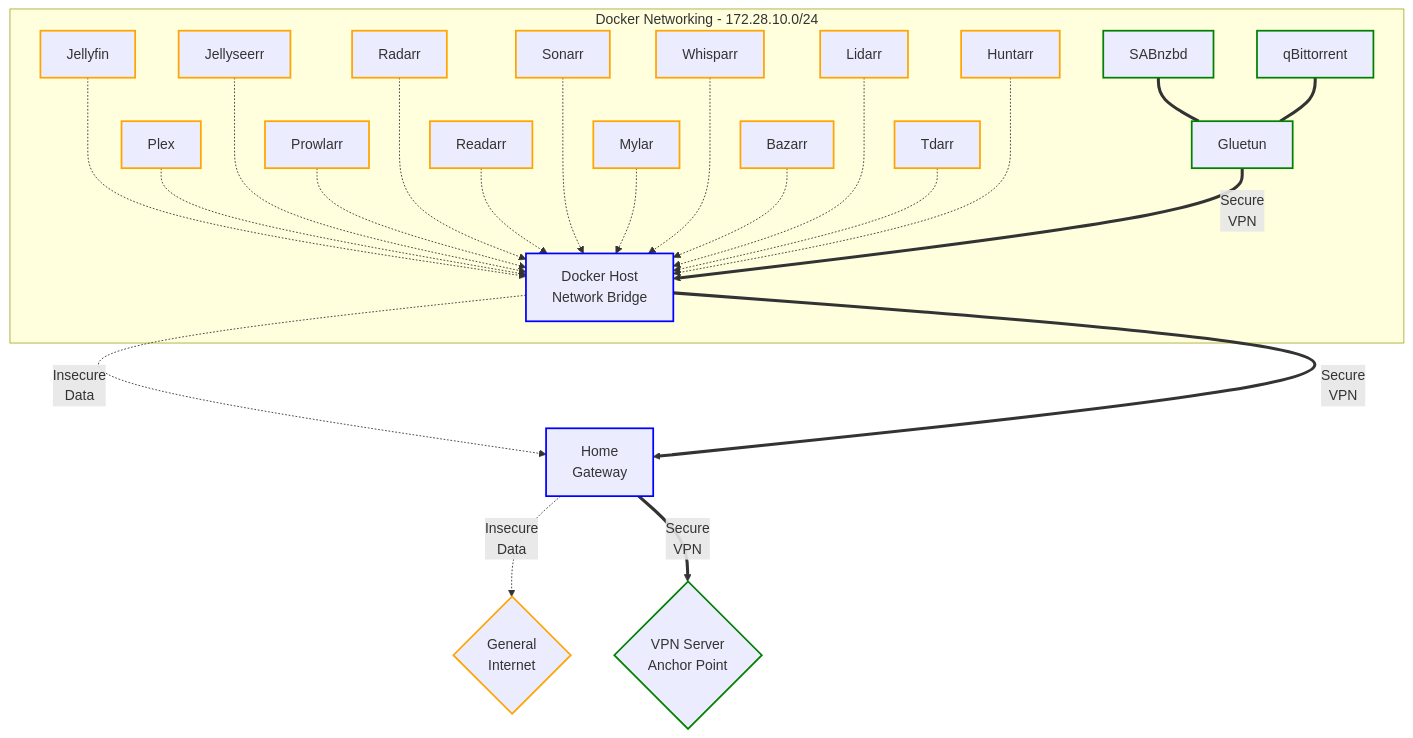
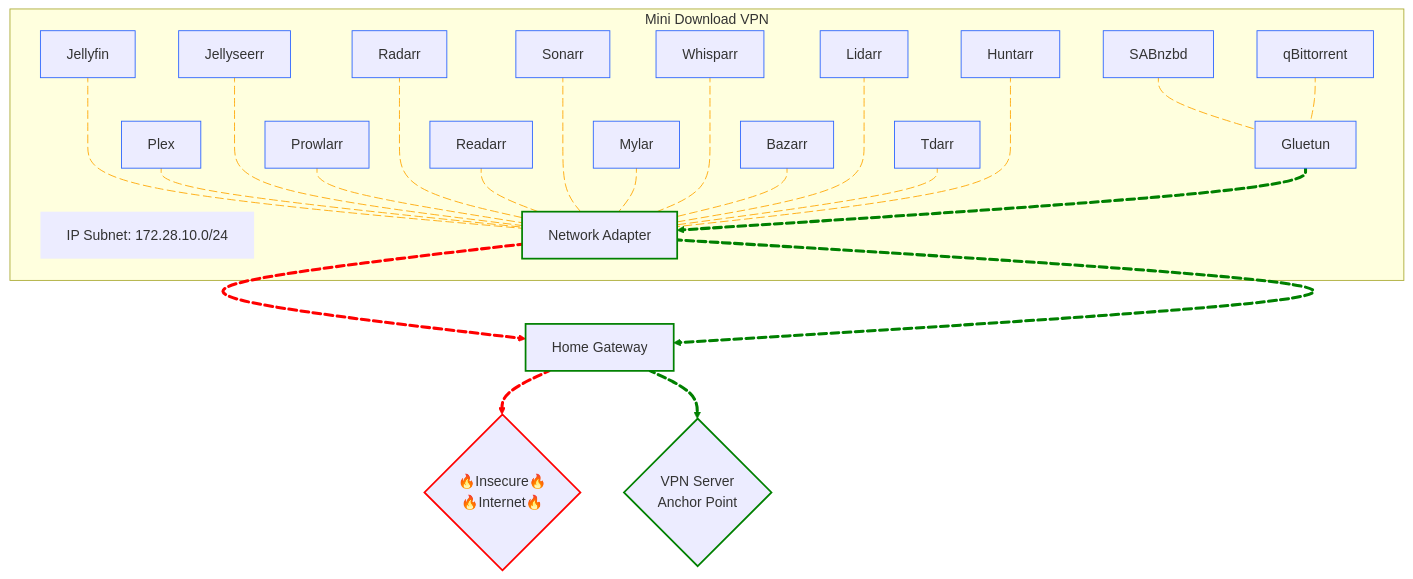
The second of 6 diagrams in base-working-files/README.md (avnit/mediastack), drawn with Mermaid before and after one commit. The commit also changed other lines of this file and 4 other files, not shown here.

Commit message:
Update network architecture diagrams

````diff
--- a/base-working-files/README.md
+++ b/base-working-files/README.md
@@ -179,47 +238,111 @@
 ``` mermaid
-graph TD
-    subgraph DockerNet[<center>Docker Networking - 172.28.10.0/24</center>]
-        Jellyfin -..-> NIC
-        Plex -.-> NIC
-        Jellyseerr -..-> NIC
-        Prowlarr -.-> NIC
-        Radarr -..-> NIC
-        Readarr -.-> NIC
-        Sonarr -..-> NIC
-        Mylar -.-> NIC
-        Whisparr -..-> NIC
-        Bazarr -.-> NIC
-        Lidarr -..-> NIC
-        Tdarr -.-> NIC
-        Huntarr -..-> NIC
-        SABnzbd === Gluetun
-        qBittorrent === Gluetun
-        NIC[Docker Host</br>Network Bridge]
-    end
-    Gluetun ==>| Secure</br>VPN | NIC
-    NIC -.->| Insecure</br>Data | Gateway[<center>Home</br>Gateway</center>]
-    NIC ==>| Secure</br>VPN | Gateway[<center>Home</br>Gateway</center>]
-    Gateway -.->| Insecure</br>Data |Internet{<center>General</br>Internet</center>}
-    Gateway ==>|Secure</br>VPN |VPN{<center>VPN Server</br>Anchor Point</center>}
-    
-    style Bazarr      stroke:orange,stroke-width:2px
-    style Lidarr      stroke:orange,stroke-width:2px
-    style Mylar      stroke:orange,stroke-width:2px
-    style Prowlarr    stroke:orange,stroke-width:2px
-    style Radarr      stroke:orange,stroke-width:2px
-    style Readarr     stroke:orange,stroke-width:2px
-    style Sonarr      stroke:orange,stroke-width:2px
-    style Tdarr       stroke:orange,stroke-width:2px
-    style Whisparr    stroke:orange,stroke-width:2px
-    style Jellyfin    stroke:orange,stroke-width:2px
-    style Plex        stroke:orange,stroke-width:2px
-    style qBittorrent stroke:green,stroke-width:2px
-    style Jellyseerr  stroke:orange,stroke-width:2px
-    style Huntarr     stroke:orange,stroke-width:2px
-    style SABnzbd     stroke:green,stroke-width:2px
-    style Gluetun     stroke:green,stroke-width:2px
-    style VPN         stroke:green,stroke-width:2px
-    style NIC         stroke:blue,stroke-width:2px
-    style Gateway     stroke:blue,stroke-width:2px
-    style Internet    stroke:orange,stroke-width:2px
+flowchart TD
+  subgraph DockerNet["Mini Download VPN"]
+    Gluetun
+    Jellyfin
+    Plex
+    Jellyseerr
+    Prowlarr
+    Radarr
+    Readarr
+    Sonarr
+    Mylar
+    Whisparr
+    Bazarr
+    Lidarr
+    Tdarr
+    Huntarr
+    SABnzbd
+    qBittorrent
+    Label@{ label: "<div style=\"color:\"><span style=\"color:\">IP Subnet: 172.28.10.0/24</span></div>" }
+    NIC["Network Adapter"]
+  end
+
+  Jellyfin     Jellyfin_NIC@        ---- NIC
+  Plex         Plex_NIC@            ---  NIC
+  Jellyseerr   Jellyseerr_NIC@      ---- NIC
+  Prowlarr     Prowlarr_NIC@        ---  NIC
+  Radarr       Radarr_NIC@          ---- NIC
+  Readarr      Readarr_NIC@         ---  NIC
+  Sonarr       Sonarr_NIC@          ---- NIC
+  Mylar        Mylar_NIC@           ---  NIC
+  Whisparr     Whisparr_NIC@        ---- NIC
+  Bazarr       Bazarr_NIC@          ---  NIC
+  Lidarr       Lidarr_NIC@          ---- NIC
+  Tdarr        Tdarr_NIC@           ---  NIC
+  Huntarr      Huntarr_NIC@         ---- NIC
+  SABnzbd      SABnzbd_Gluetun@     ---  Gluetun
+  qBittorrent  qBittorrent_Gluetun@ ---  Gluetun
+  Gluetun      Gluetun_NIC@         ==>  NIC
+  NIC          NIC_Gateway_0@       ==>  Gateway
+  NIC          NIC_Gateway_1@       ==>  Gateway
+  Gateway      Gateway_VPN_1@       ==>  Internet
+  Gateway      Gateway_VPN_0@       ==>  VPN
+  Gateway["Home Gateway"]
+  Internet{"🔥Insecure🔥<br>🔥Internet🔥"}
+  VPN{"VPN Server<br>Anchor Point"}
+
+  style Gluetun      stroke:#2962FF
+  style Jellyfin     stroke:#2962FF
+  style Plex         stroke:#2962FF
+  style Jellyseerr   stroke:#2962FF
+  style Prowlarr     stroke:#2962FF
+  style Radarr       stroke:#2962FF
+  style Readarr      stroke:#2962FF
+  style Sonarr       stroke:#2962FF
+  style Mylar        stroke:#2962FF
+  style Whisparr     stroke:#2962FF
+  style Bazarr       stroke:#2962FF
+  style Lidarr       stroke:#2962FF
+  style Tdarr        stroke:#2962FF
+  style Huntarr      stroke:#2962FF
+  style SABnzbd      stroke:#2962FF
+  style qBittorrent  stroke:#2962FF
+  style Label        stroke:none
+  style NIC          stroke:green,    stroke-width:2px
+  style Gateway      stroke:green,    stroke-width:2px
+  style Internet     stroke:red,      stroke-width:2px
+  style VPN          stroke:green,    stroke-width:2px
+
+  linkStyle 0        stroke:orange
+  linkStyle 1        stroke:orange
+  linkStyle 2        stroke:orange
+  linkStyle 3        stroke:orange
+  linkStyle 4        stroke:orange
+  linkStyle 5        stroke:orange
+  linkStyle 6        stroke:orange
+  linkStyle 7        stroke:orange
+  linkStyle 8        stroke:orange
+  linkStyle 9        stroke:orange
+  linkStyle 10       stroke:orange
+  linkStyle 11       stroke:orange
+  linkStyle 12       stroke:orange
+  linkStyle 13       stroke:orange
+  linkStyle 14       stroke:orange
+  linkStyle 15       stroke:green
+  linkStyle 16       stroke:red
+  linkStyle 17       stroke:green
+  linkStyle 18       stroke:red
+  linkStyle 19       stroke:green
+
+  Jellyfin_NIC@{         animation: fast }
+  Plex_NIC@{             animation: fast }
+  Jellyseerr_NIC@{       animation: fast }
+  Prowlarr_NIC@{         animation: fast }
+  Radarr_NIC@{           animation: fast }
+  Readarr_NIC@{          animation: fast }
+  Sonarr_NIC@{           animation: fast }
+  Mylar_NIC@{            animation: fast }
+  Whisparr_NIC@{         animation: fast }
+  Bazarr_NIC@{           animation: fast }
+  Lidarr_NIC@{           animation: fast }
+  Tdarr_NIC@{            animation: fast }
+  Huntarr_NIC@{          animation: fast }
+  SABnzbd_Gluetun@{      animation: fast }
+  qBittorrent_Gluetun@{  animation: fast }
+  Gluetun_NIC@{          animation: slow }
+  NIC_Gateway_0@{        animation: slow }
+  NIC_Gateway_1@{        animation: slow }
+  Gateway_VPN_0@{        animation: slow }
+  Gateway_VPN_1@{        animation: slow }
 ```
````
